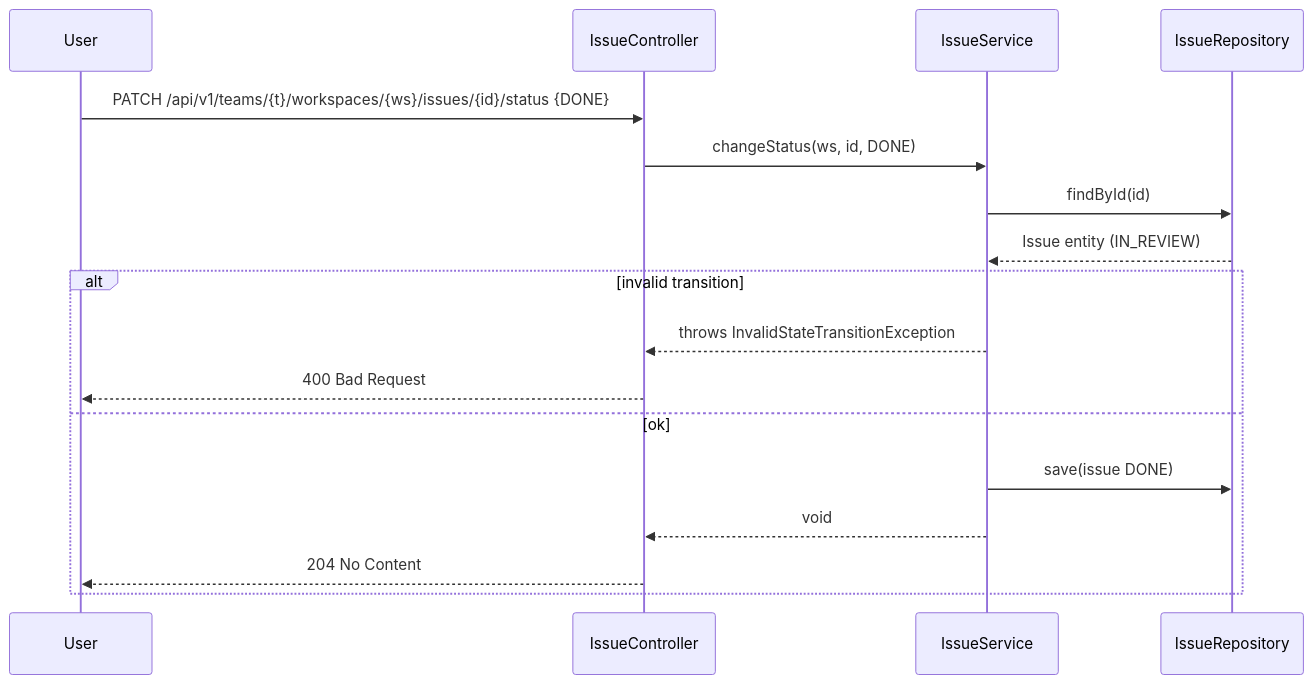
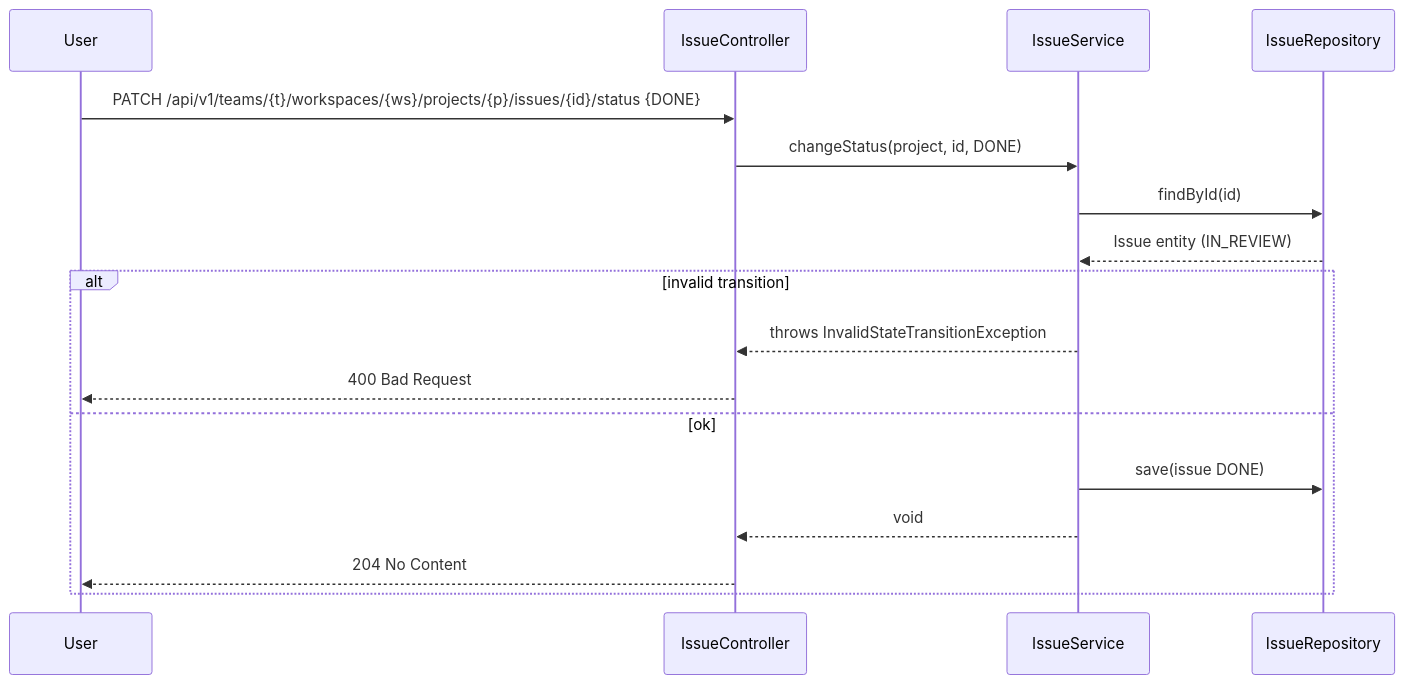
The fourth of 4 diagrams in docs/design.md (telesvar/projective), drawn with Mermaid before and after one commit. The commit also changed other lines of this file and 26 other files, not shown here.

````diff
--- a/docs/design.md
+++ b/docs/design.md
@@ -159,20 +159,20 @@
 ```mermaid
 sequenceDiagram
     participant U as User
     participant C as IssueController
     participant S as IssueService
     participant R as IssueRepository
 
-    U->>C: PATCH /api/v1/teams/{t}/workspaces/{ws}/issues/{id}/status {DONE}
-    C->>S: changeStatus(ws, id, DONE)
+    U->>C: PATCH /api/v1/teams/{t}/workspaces/{ws}/projects/{p}/issues/{id}/status {DONE}
+    C->>S: changeStatus(project, id, DONE)
     S->>R: findById(id)
     R-->>S: Issue entity (IN_REVIEW)
     alt invalid transition
         S-->>C: throws InvalidStateTransitionException
         C-->>U: 400 Bad Request
     else ok
         S->>R: save(issue DONE)
         S-->>C: void
         C-->>U: 204 No Content
     end
 ```
````
